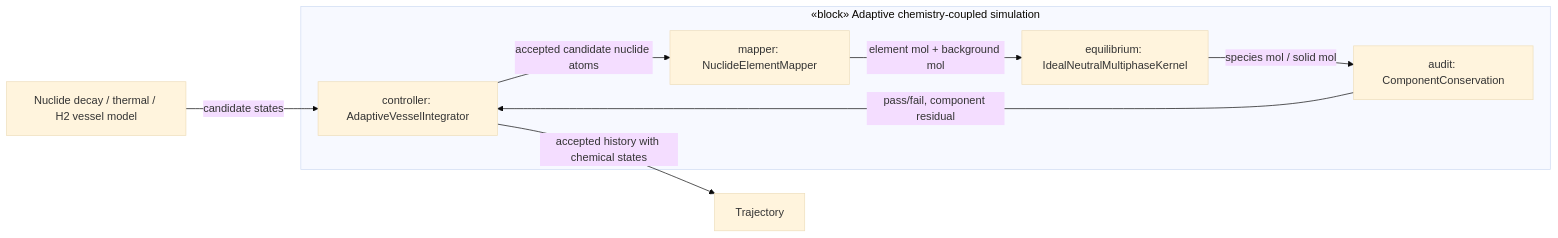
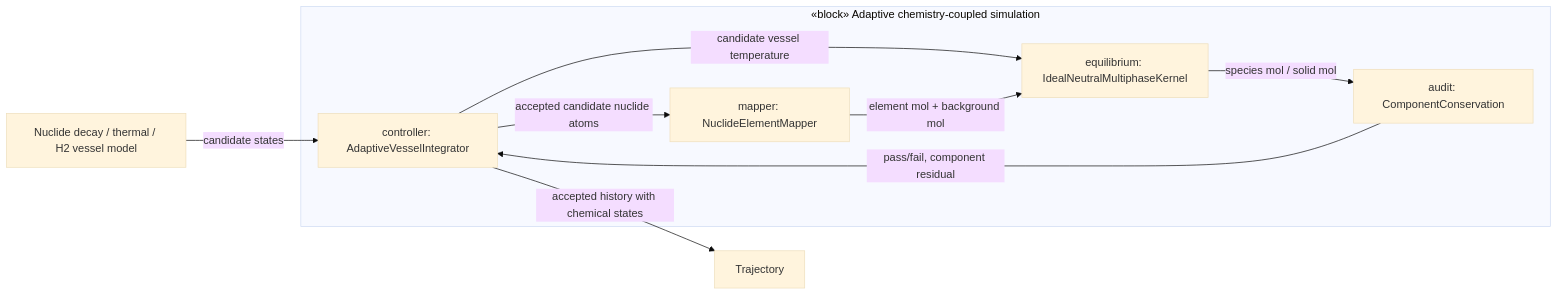
The first of 4 diagrams in architecture/sysml-v2/views/09-chemistry-time-coupling.md (dward239/Thermodynamics_of_Solution), drawn with Mermaid (base theme) before and after one commit. The commit also changed other lines of this file and 7 other files, not shown here.

Commit message:
Evaluate chemical equilibrium at candidate vessel temperature

````diff
--- a/architecture/sysml-v2/views/09-chemistry-time-coupling.md
+++ b/architecture/sysml-v2/views/09-chemistry-time-coupling.md
@@ -10,15 +10,16 @@
 ```mermaid
 flowchart LR
   subgraph V["«block» Adaptive chemistry-coupled simulation"]
     C["controller: AdaptiveVesselIntegrator"]
     N["mapper: NuclideElementMapper"]
     E["equilibrium: IdealNeutralMultiphaseKernel"]
     A["audit: ComponentConservation"]
     C -->|"accepted candidate nuclide atoms"| N
+    C -->|"candidate vessel temperature"| E
     N -->|"element mol + background mol"| E
     E -->|"species mol / solid mol"| A
     A -->|"pass/fail, component residual"| C
   end
   D["Nuclide decay / thermal / H2 vessel model"] -->|"candidate states"| C
   C -->|"accepted history with chemical states"| O["Trajectory"]
 ```
````
